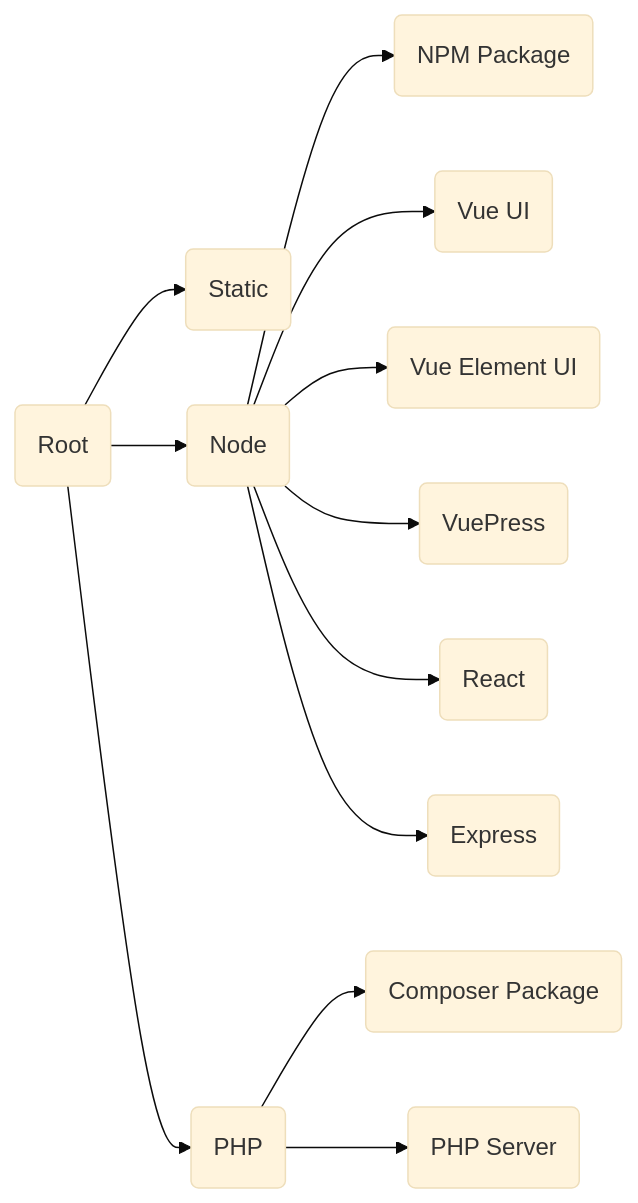
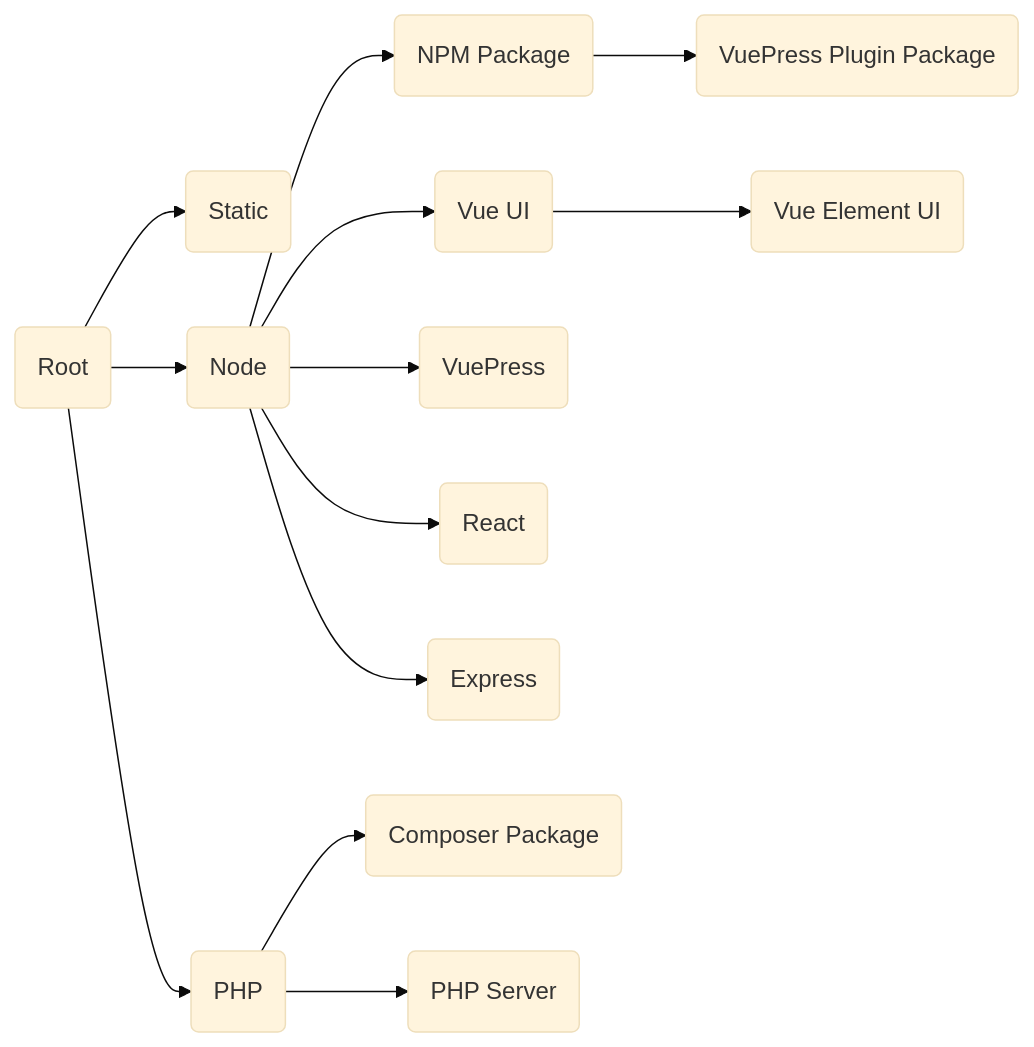
One commit to langnang-templates/.github changed the diagram in profile/README.md. Above: the diagram before and after it, drawn with Mermaid (base theme).

````diff
--- a/profile/README.md
+++ b/profile/README.md
@@ -1,25 +1,29 @@
 ```mermaid
 flowchart LR
 Root(Root)
 	click Root "https://github.com/langnang-temp/root"
 
 Root-->Static(Static)
 	click Static "https://github.com/langnang-temp/static"
 
 Root-->Node(Node)
 	click Node "https://github.com/langnang-temp/node"
 	Node-->NPM_Package("NPM Package")
+		click NPM_Package "https://github.com/langnang-temp/npm-package"
+		NPM_Package-->VuePress_Plugin_Package("VuePress Plugin Package")
+		click VuePress_Plugin_Package https://github.com/langnang-temp/vuepress-plugin-package
 	Node-->Vue_UI("Vue UI")
 		click Vue_UI "https://github.com/langnang-temp/vue-ui"
-	Node-->Vue_Element_UI("Vue Element UI")
-		click Vue_Element_UI "https://github.com/langnang-temp/vue-element-ui"
+		Vue_UI-->Vue_Element_UI("Vue Element UI")
+			click Vue_Element_UI "https://github.com/langnang-temp/vue-element-ui"
 	Node-->VuePress(VuePress)
+		click VuePress "https://github.com/langnang-temp/vuepress"
 	Node-->React(React)
 	Node-->Express(Express)
 
 Root-->PHP(PHP)
 	click PHP "https://github.com/langnang-temp/php"
 	PHP-->Composer_Package("Composer Package")
 	PHP-->PHP_Server("PHP Server")
 		click PHP_Server "https://github.com/langnang-temp/php-server"
 ```
````
